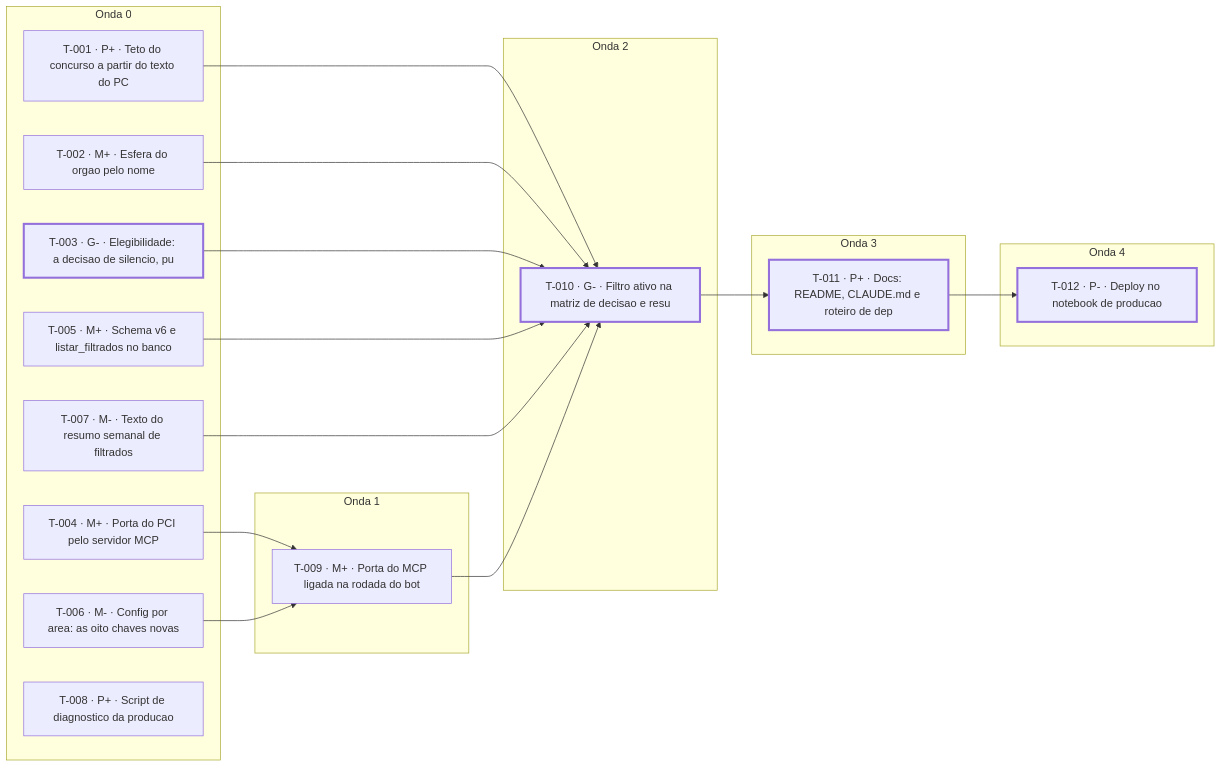
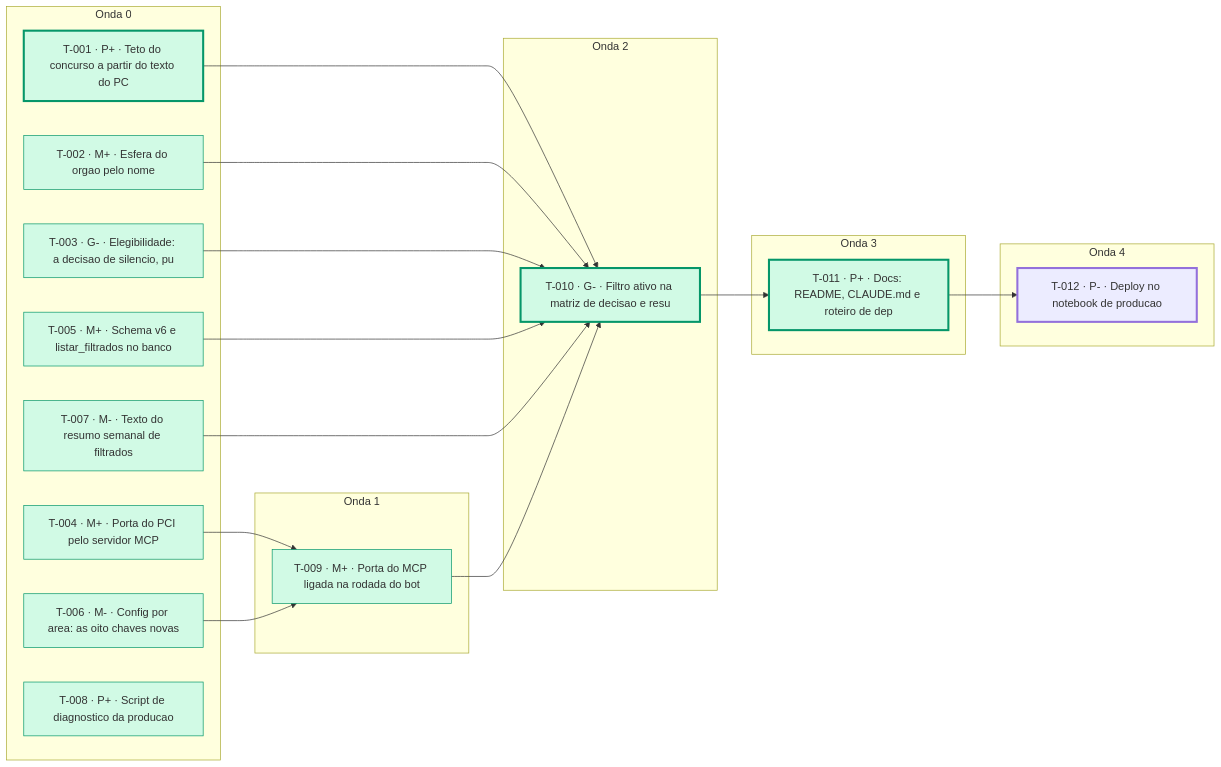
One commit to lucasmsorrentino/monitor_concursos_ti changed the diagram in kanban/MAPA.md. Above: the diagram before and after it, drawn with Mermaid. The commit also changed other lines of this file and 42 other files, not shown here.

````diff
--- a/kanban/MAPA.md
+++ b/kanban/MAPA.md
@@ -71,37 +71,39 @@
 ```mermaid
 graph LR
   subgraph O0["Onda 0"]
     T001["T-001 · P+ · Teto do concurso a partir do texto do PC"]
     T002["T-002 · M+ · Esfera do orgao pelo nome"]
     T003["T-003 · G- · Elegibilidade: a decisao de silencio, pu"]
     T004["T-004 · M+ · Porta do PCI pelo servidor MCP"]
     T005["T-005 · M+ · Schema v6 e listar_filtrados no banco"]
     T006["T-006 · M- · Config por area: as oito chaves novas"]
     T007["T-007 · M- · Texto do resumo semanal de filtrados"]
     T008["T-008 · P+ · Script de diagnostico da producao"]
   end
   subgraph O1["Onda 1"]
     T009["T-009 · M+ · Porta do MCP ligada na rodada do bot"]
   end
   subgraph O2["Onda 2"]
     T010["T-010 · G- · Filtro ativo na matriz de decisao e resu"]
   end
   subgraph O3["Onda 3"]
     T011["T-011 · P+ · Docs: README, CLAUDE.md e roteiro de dep"]
   end
   subgraph O4["Onda 4"]
     T012["T-012 · P- · Deploy no notebook de producao"]
   end
   T004 --> T009
   T006 --> T009
   T001 --> T010
   T002 --> T010
   T003 --> T010
   T005 --> T010
   T007 --> T010
   T009 --> T010
   T010 --> T011
   T011 --> T012
+  classDef integrado fill:#d1fae5,stroke:#059669
+  class T001,T002,T003,T004,T005,T006,T007,T008,T009,T010,T011 integrado
   classDef critico stroke-width:3px
-  class T003,T010,T011,T012 critico
+  class T001,T010,T011,T012 critico
 ```
````
